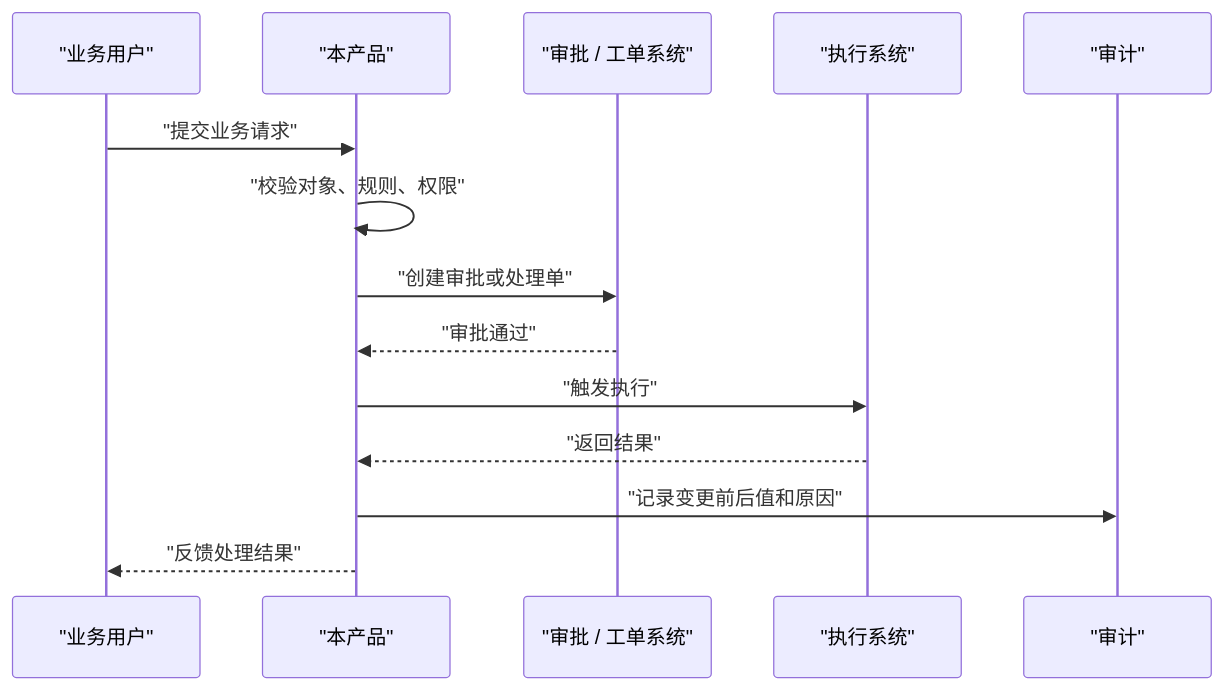
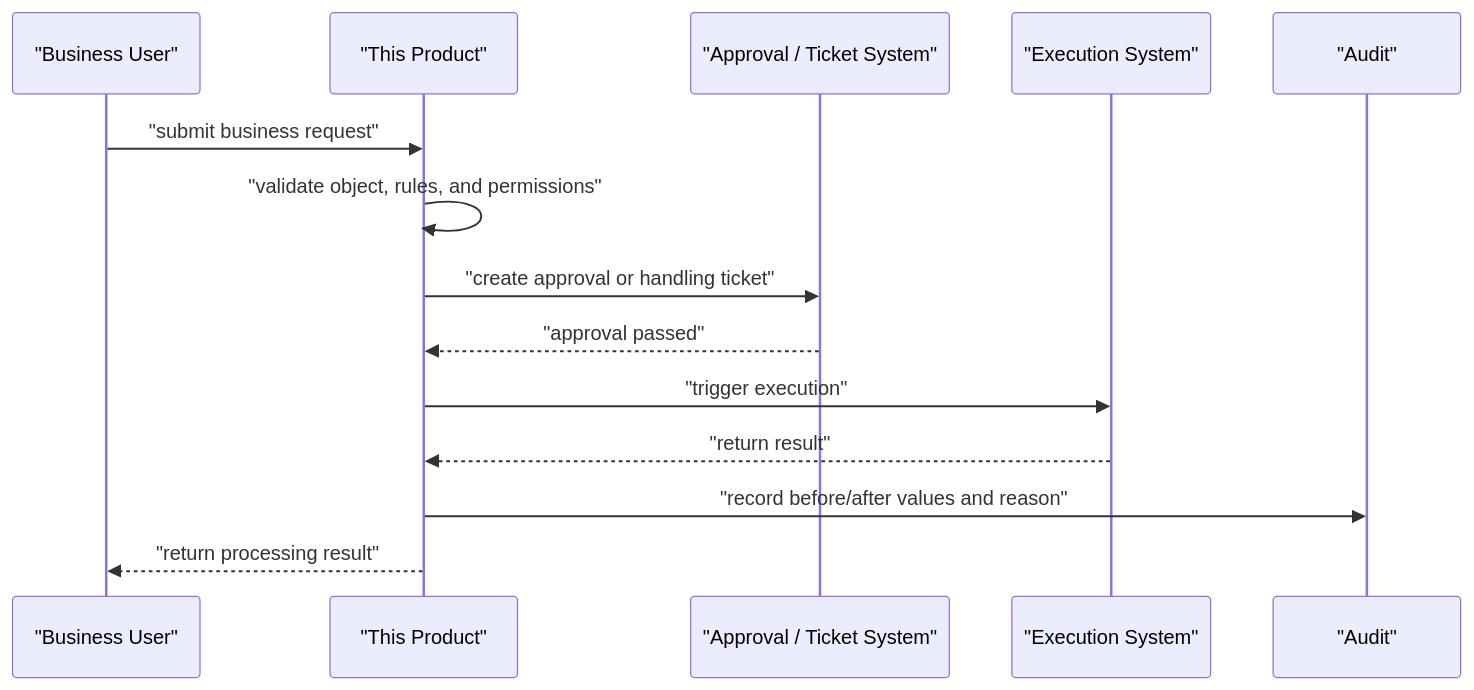
The fifth of 9 diagrams in references/diagram-patterns.md (xyjunco/junco-skill), drawn with Mermaid before and after one commit. The commit also changed other lines of this file and 6 other files, not shown here.

````diff
--- a/references/diagram-patterns.md
+++ b/references/diagram-patterns.md
@@ -228,17 +251,17 @@
 ```mermaid
 sequenceDiagram
-  participant User as "业务用户"
-  participant Product as "本产品"
-  participant Workflow as "审批 / 工单系统"
-  participant Runtime as "执行系统"
-  participant Audit as "审计"
+  participant User as "Business User"
+  participant Product as "This Product"
+  participant Workflow as "Approval / Ticket System"
+  participant Runtime as "Execution System"
+  participant Audit as "Audit"
 
-  User->>Product: "提交业务请求"
-  Product->>Product: "校验对象、规则、权限"
-  Product->>Workflow: "创建审批或处理单"
-  Workflow-->>Product: "审批通过"
-  Product->>Runtime: "触发执行"
-  Runtime-->>Product: "返回结果"
-  Product->>Audit: "记录变更前后值和原因"
-  Product-->>User: "反馈处理结果"
+  User->>Product: "submit business request"
+  Product->>Product: "validate object, rules, and permissions"
+  Product->>Workflow: "create approval or handling ticket"
+  Workflow-->>Product: "approval passed"
+  Product->>Runtime: "trigger execution"
+  Runtime-->>Product: "return result"
+  Product->>Audit: "record before/after values and reason"
+  Product-->>User: "return processing result"
 ```
````
